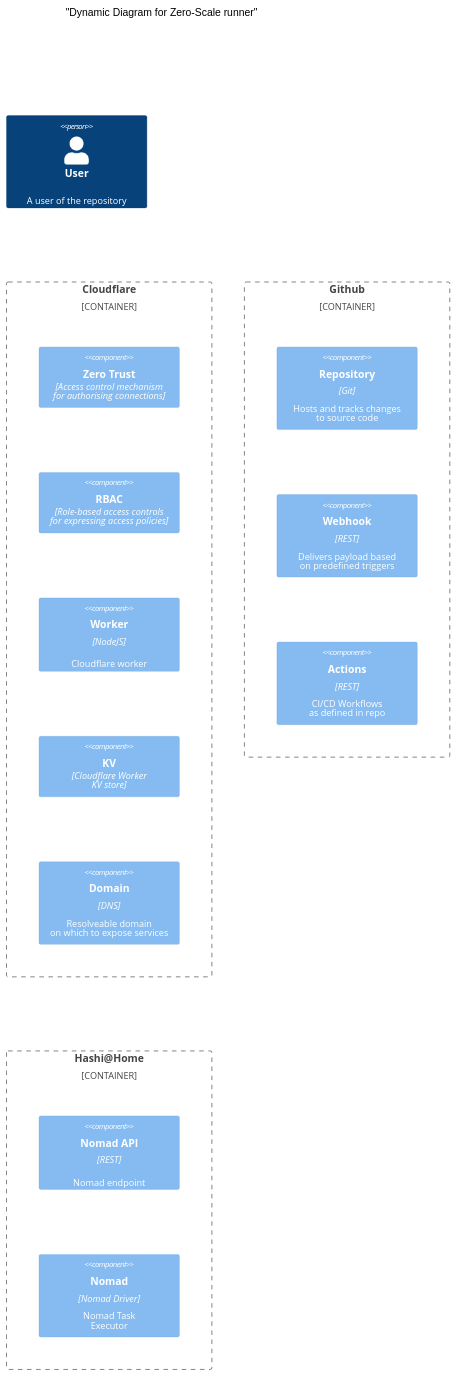
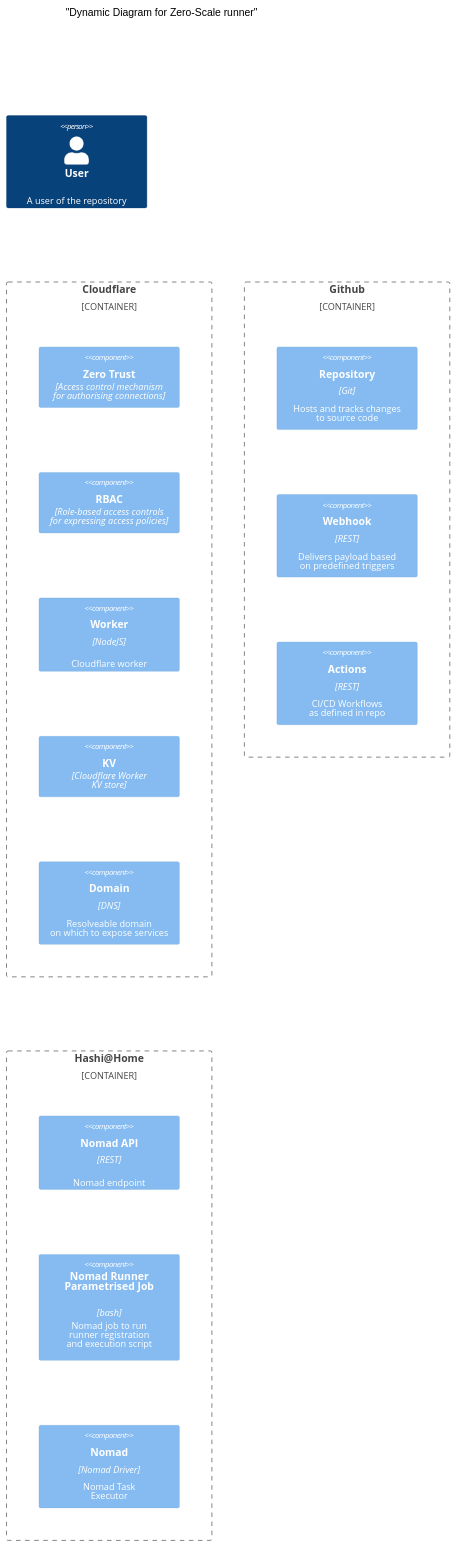
One commit to brucellino/hashiatho.me changed the second of 2 diagrams in _posts/2023-11-29-github-runners-on-demand.md. Above: the diagram before and after it, drawn with Mermaid. The commit also changed other lines of this file, not shown here.

Commit message:
fix(post): add workflow diagram

```diff
--- a/_posts/2023-11-29-github-runners-on-demand.md
+++ b/_posts/2023-11-29-github-runners-on-demand.md
@@ -120,32 +209,33 @@
 <div class="mermaid">
 ---
 config:
   theme: forest
   c4:
     curve: basis
 ---
 
 C4Dynamic
   title "Dynamic Diagram for Zero-Scale runner"
 
   Person(user, User, "A user of the repository")
 
   Container_Boundary(cloudflare, "Cloudflare", "Cloudflare developer platform") {
     Component(zta, "Zero Trust", "Access control mechanism<br>for authorising connections")
     Component(rbac, "RBAC", "Role-based access controls<br>for expressing access policies")
     Component(worker, "Worker", "NodeJS", "Cloudflare worker")
     Component(kv, "KV", "Cloudflare Worker <br>KV store")
     Component(domain, "Domain", "DNS", "Resolveable domain <br>on which to expose services")
   }
 
   Container_Boundary(github, "Github", "SCM Platform") {
     Component(repo, "Repository", "Git", "Hosts and tracks changes<br>to source code")
     Component(webhook, "Webhook", "REST", "Delivers payload based<br>on predefined triggers")
     Component(actions, "Actions", "REST", "CI/CD Workflows<br>as defined in repo")
   }
 
   Container_Boundary(hah, "Hashi@Home", "Compute services deployed at Home") {
     Component(nomadServer,"Nomad API", "REST", "Nomad endpoint")
+    Component(nomadJob, "Nomad Runner<br>Parametrised Job", "bash", "Nomad job to run<br>runner registration<br>and execution script")
     Component(nomadExec, "Nomad", "Nomad Driver", "Nomad Task<br>Executor")
   }
 </div>
```
